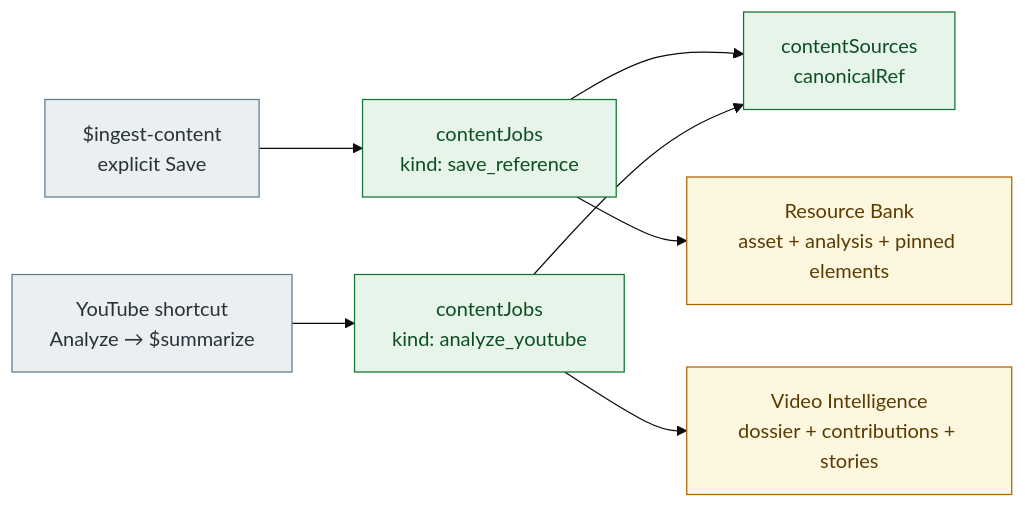
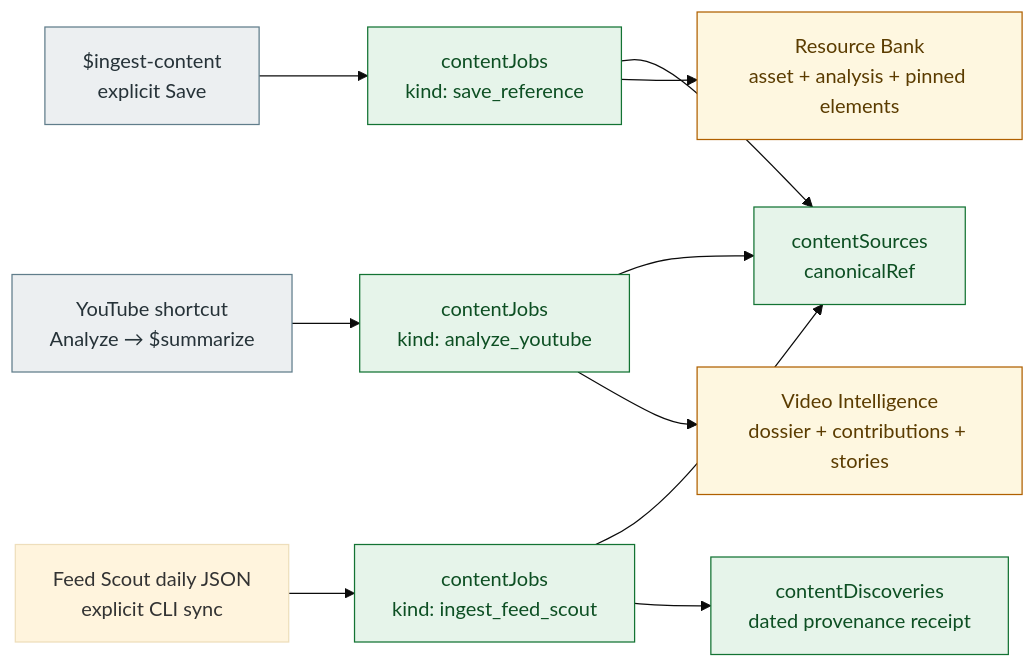
One commit to ZanarkandTechnologies/Farplane-UI changed the second of 2 diagrams in docs/systems/content-capture-and-analysis.md. Above: the diagram before and after it, drawn with Mermaid (base theme). The commit also changed other lines of this file and 95 other files, not shown here.

Commit message:
feat(content-intelligence): unify external-source feeds

````diff
--- a/docs/systems/content-capture-and-analysis.md
+++ b/docs/systems/content-capture-and-analysis.md
@@ -61,20 +73,25 @@
 ```mermaid
 flowchart LR
   source["contentSources\ncanonicalRef"]
   save["contentJobs\nkind: save_reference"]
   analyze["contentJobs\nkind: analyze_youtube"]
+  discover["contentJobs\nkind: ingest_feed_scout"]
+  receipt["contentDiscoveries\ndated provenance receipt"]
   rb["Resource Bank\nasset + analysis + pinned elements"]
   vi["Video Intelligence\ndossier + contributions + stories"]
   ingest["$ingest-content\nexplicit Save"] --> save
   shortcut["YouTube shortcut\nAnalyze → $summarize"] --> analyze
+  scout["Feed Scout daily JSON\nexplicit CLI sync"] --> discover
   save --> source
   analyze --> source
   save --> rb
   analyze --> vi
+  discover --> source
+  discover --> receipt
   classDef added fill:#e6f4ea,stroke:#137333,color:#0d4f23;
   classDef changed fill:#fef7e0,stroke:#b06000,color:#5b3c00;
   classDef kept fill:#eceff1,stroke:#607d8b,color:#263238;
-  class source,save,analyze added;
+  class source,save,analyze,discover,receipt added;
   class rb,vi changed;
   class ingest,shortcut kept;
 ```
````
